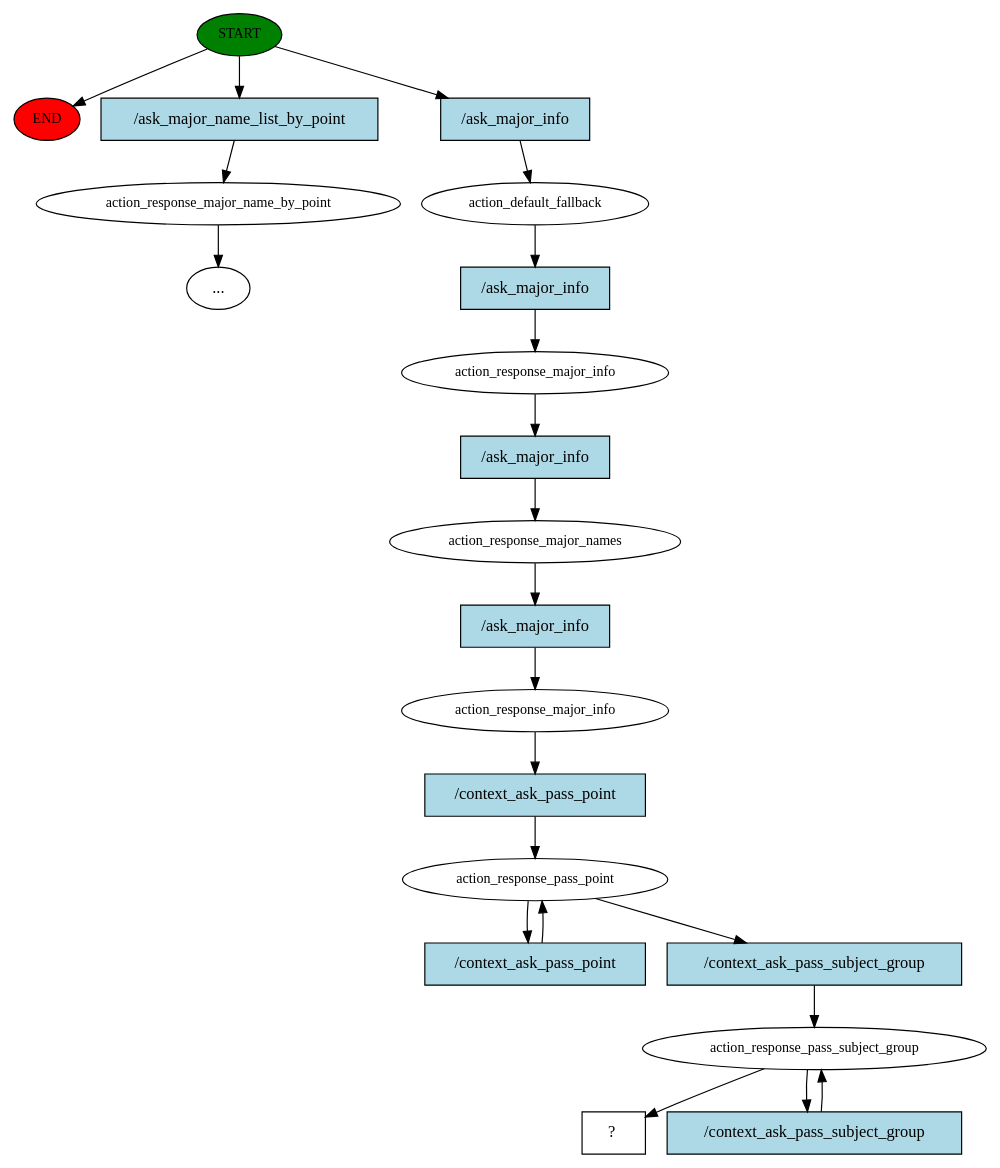
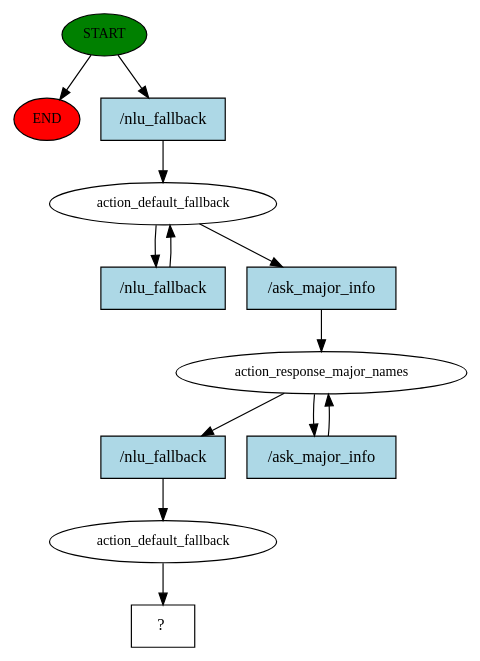
The diagram in story_graph.dot (Jester6136/Edubot), drawn with Graphviz before and after one commit. The commit also changed 3 other files, not shown here.

```diff
--- a/story_graph.dot
+++ b/story_graph.dot
@@ -1,43 +1,25 @@
 digraph  {
 0 [class="start active", fillcolor=green, fontsize=12, label=START, style=filled];
 "-1" [class=end, fillcolor=red, fontsize=12, label=END, style=filled];
-1 [class="", fontsize=12, label=action_response_major_name_by_point];
-"-3" [class=ellipsis, label="..."];
-2 [class=active, fontsize=12, label=action_default_fallback];
-3 [class=active, fontsize=12, label=action_response_major_info];
-4 [class=active, fontsize=12, label=action_response_major_names];
-5 [class=active, fontsize=12, label=action_response_major_info];
-6 [class=active, fontsize=12, label=action_response_pass_point];
-10 [class=active, fontsize=12, label=action_response_pass_subject_group];
-14 [class="intent dashed active", label="  ?  ", shape=rect];
-15 [class=intent, fillcolor=lightblue, label="/ask_major_name_list_by_point", shape=rect, style=filled];
-16 [class="intent active", fillcolor=lightblue, label="/ask_major_info", shape=rect, style=filled];
-17 [class="intent active", fillcolor=lightblue, label="/ask_major_info", shape=rect, style=filled];
+1 [class=active, fontsize=12, label=action_default_fallback];
+12 [class=active, fontsize=12, label=action_response_major_names];
+14 [class=active, fontsize=12, label=action_default_fallback];
+15 [class="intent dashed active", label="  ?  ", shape=rect];
+16 [class="intent active", fillcolor=lightblue, label="/nlu_fallback", shape=rect, style=filled];
+17 [class="intent active", fillcolor=lightblue, label="/nlu_fallback", shape=rect, style=filled];
 18 [class="intent active", fillcolor=lightblue, label="/ask_major_info", shape=rect, style=filled];
-19 [class="intent active", fillcolor=lightblue, label="/ask_major_info", shape=rect, style=filled];
-20 [class="intent active", fillcolor=lightblue, label="/context_ask_pass_point", shape=rect, style=filled];
-21 [class="intent active", fillcolor=lightblue, label="/context_ask_pass_point", shape=rect, style=filled];
-22 [class="intent active", fillcolor=lightblue, label="/context_ask_pass_subject_group", shape=rect, style=filled];
-23 [class="intent active", fillcolor=lightblue, label="/context_ask_pass_subject_group", shape=rect, style=filled];
+19 [class="intent active", fillcolor=lightblue, label="/nlu_fallback", shape=rect, style=filled];
+20 [class="intent active", fillcolor=lightblue, label="/ask_major_info", shape=rect, style=filled];
 0 -> "-1"  [class="", key=NONE, label=""];
-0 -> 15  [class="", key=0];
 0 -> 16  [class=active, key=0];
-1 -> "-3"  [class="", key=NONE, label=""];
-2 -> 17  [class=active, key=0];
-3 -> 18  [class=active, key=0];
-4 -> 19  [class=active, key=0];
-5 -> 20  [class=active, key=0];
-6 -> 21  [class=active, key=0];
-6 -> 22  [class=active, key=0];
-10 -> 14  [class=active, key=NONE, label=""];
-10 -> 23  [class=active, key=0];
-15 -> 1  [class="", key=0];
-16 -> 2  [class=active, key=0];
-17 -> 3  [class=active, key=0];
-18 -> 4  [class=active, key=0];
-19 -> 5  [class=active, key=0];
-20 -> 6  [class=active, key=0];
-21 -> 6  [class=active, key=0];
-22 -> 10  [class=active, key=0];
-23 -> 10  [class=active, key=0];
+1 -> 17  [class=active, key=0];
+1 -> 18  [class=active, key=0];
+12 -> 19  [class=active, key=0];
+12 -> 20  [class=active, key=0];
+14 -> 15  [class=active, key=NONE, label=""];
+16 -> 1  [class=active, key=0];
+17 -> 1  [class=active, key=0];
+18 -> 12  [class=active, key=0];
+19 -> 14  [class=active, key=0];
+20 -> 12  [class=active, key=0];
 }
```
